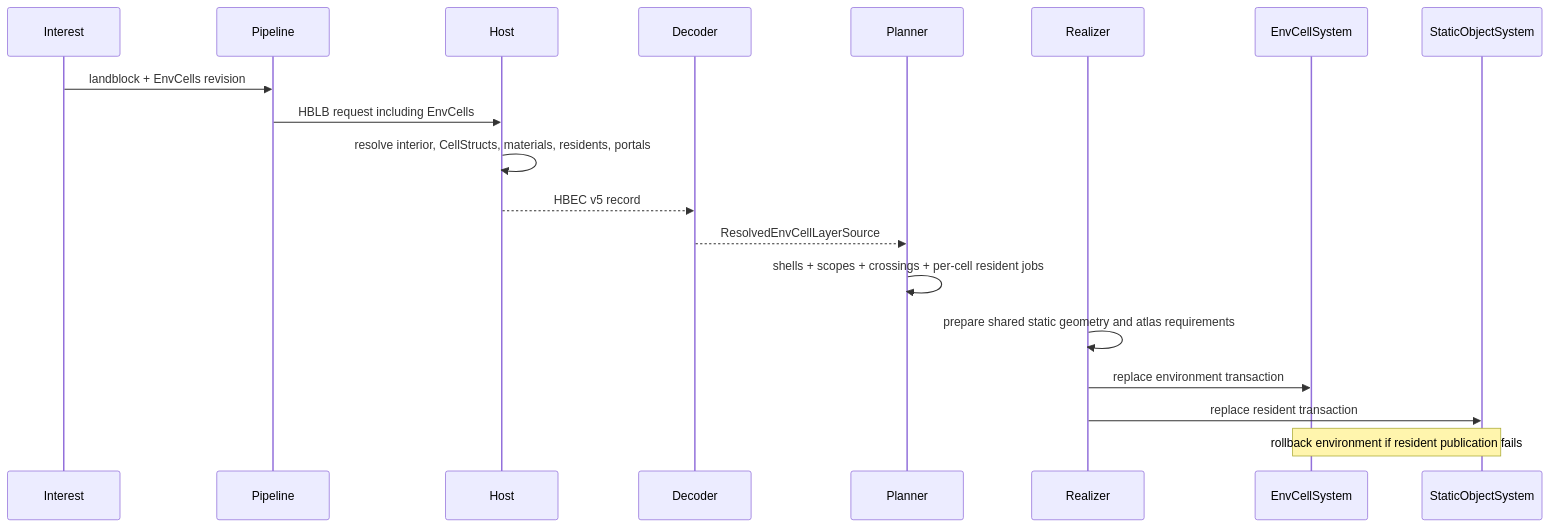
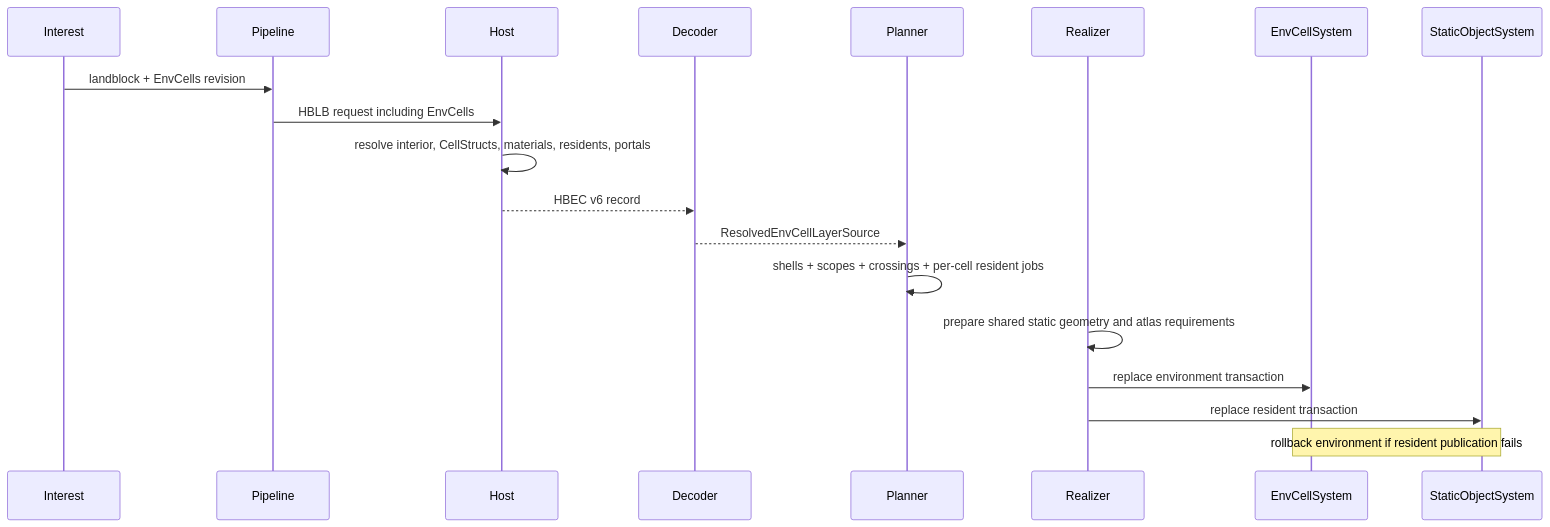
One commit to merklejerk/holtburger changed the second of 2 diagrams in apps/holtburger-3d/ARCHITECTURE_AUDIT.md. Above: the diagram before and after it, drawn with Mermaid. The commit also changed other lines of this file and 33 other files, not shown here.

````diff
--- a/apps/holtburger-3d/ARCHITECTURE_AUDIT.md
+++ b/apps/holtburger-3d/ARCHITECTURE_AUDIT.md
@@ -104,22 +105,22 @@
 ```mermaid
 sequenceDiagram
     participant Interest
     participant Pipeline
     participant Host
     participant Decoder
     participant Planner
     participant Realizer
     participant Env as EnvCellSystem
     participant Static as StaticObjectSystem
 
     Interest->>Pipeline: landblock + EnvCells revision
     Pipeline->>Host: HBLB request including EnvCells
     Host->>Host: resolve interior, CellStructs, materials, residents, portals
-    Host-->>Decoder: HBEC v5 record
+    Host-->>Decoder: HBEC v6 record
     Decoder-->>Planner: ResolvedEnvCellLayerSource
     Planner->>Planner: shells + scopes + crossings + per-cell resident jobs
     Realizer->>Realizer: prepare shared static geometry and atlas requirements
     Realizer->>Env: replace environment transaction
     Realizer->>Static: replace resident transaction
     Note over Env,Static: rollback environment if resident publication fails
 ```
````
